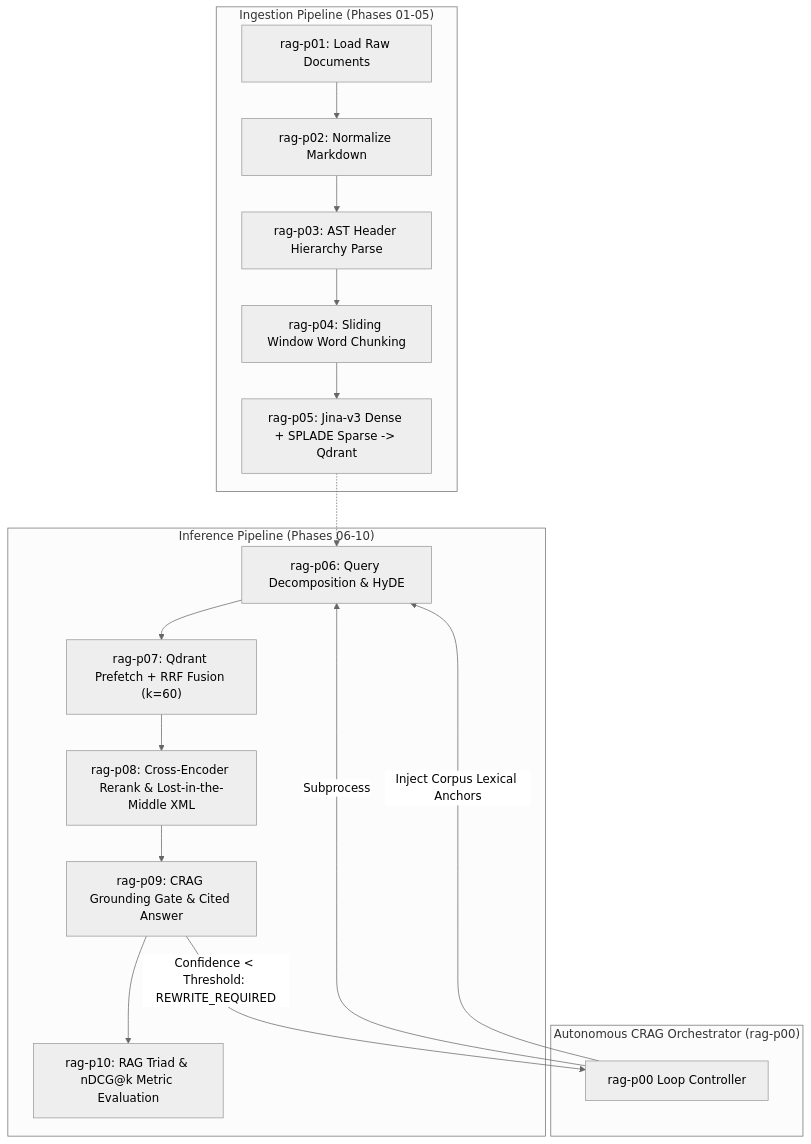
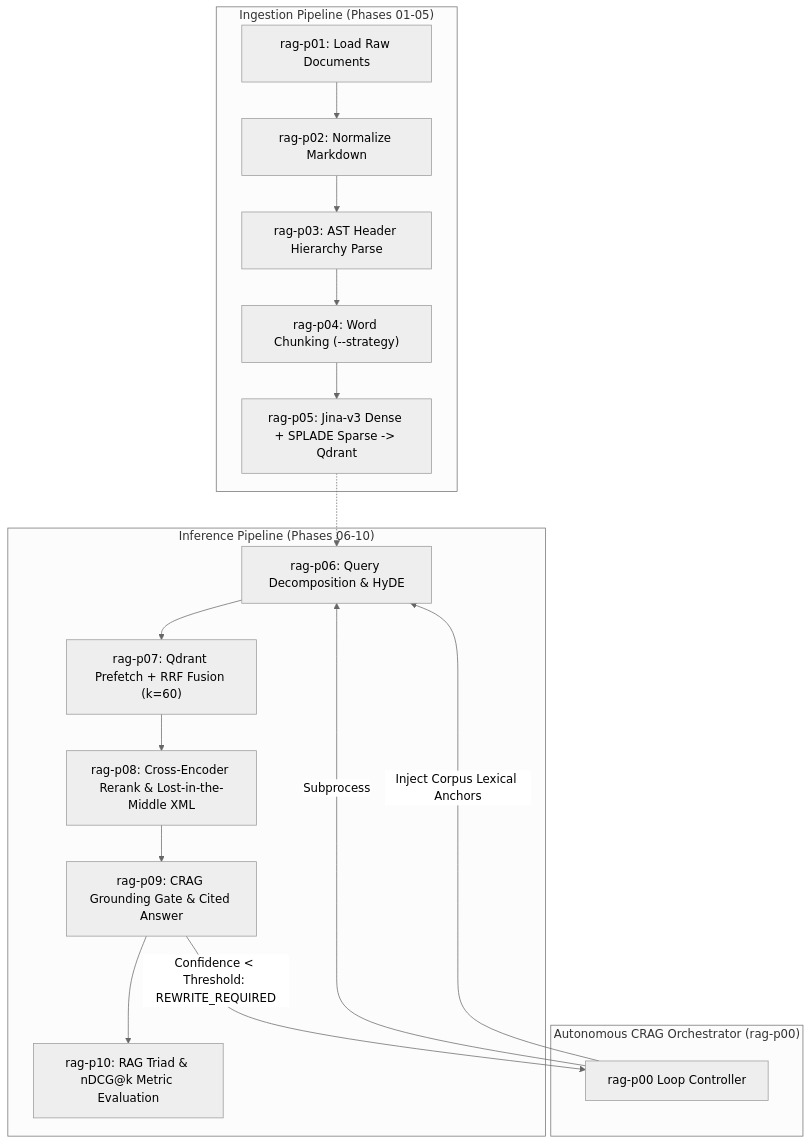
One commit to zautke/phase-rag-cli changed the first of 2 diagrams in README.md. Above: the diagram before and after it, drawn with Mermaid (neutral theme). The commit also changed other lines of this file and 2 other files, not shown here.

First line of the commit message:
fix(docs): README pipe example and strategy help; drop dead stopword

````diff
--- a/README.md
+++ b/README.md
@@ -60,24 +60,24 @@
 ```mermaid
 flowchart TD
     subgraph Ingestion["Ingestion Pipeline (Phases 01-05)"]
         P01["rag-p01: Load Raw Documents"] --> P02["rag-p02: Normalize Markdown"]
         P02 --> P03["rag-p03: AST Header Hierarchy Parse"]
-        P03 --> P04["rag-p04: Sliding Window Word Chunking"]
+        P03 --> P04["rag-p04: Word Chunking (--strategy)"]
         P04 --> P05["rag-p05: Jina-v3 Dense + SPLADE Sparse -> Qdrant"]
     end
 
     subgraph QueryRAG["Inference Pipeline (Phases 06-10)"]
         P05 -.-> P06["rag-p06: Query Decomposition & HyDE"]
         P06 --> P07["rag-p07: Qdrant Prefetch + RRF Fusion (k=60)"]
         P07 --> P08["rag-p08: Cross-Encoder Rerank & Lost-in-the-Middle XML"]
         P08 --> P09["rag-p09: CRAG Grounding Gate & Cited Answer"]
         P09 --> P10["rag-p10: RAG Triad & nDCG@k Metric Evaluation"]
     end
 
     subgraph CRAGLoop["Autonomous CRAG Orchestrator (rag-p00)"]
         P00["rag-p00 Loop Controller"]
         P00 -->|Subprocess| P06
         P09 -->|Confidence < Threshold: REWRITE_REQUIRED| P00
         P00 -->|Inject Corpus Lexical Anchors| P06
     end
 ```
````
